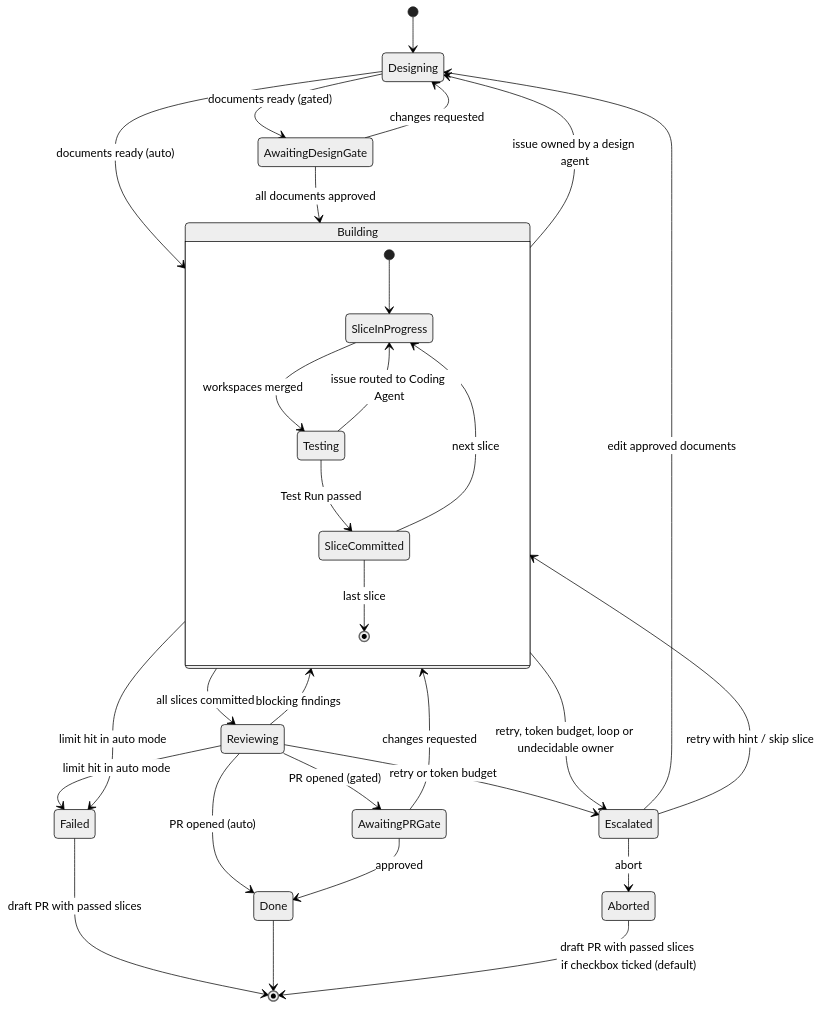
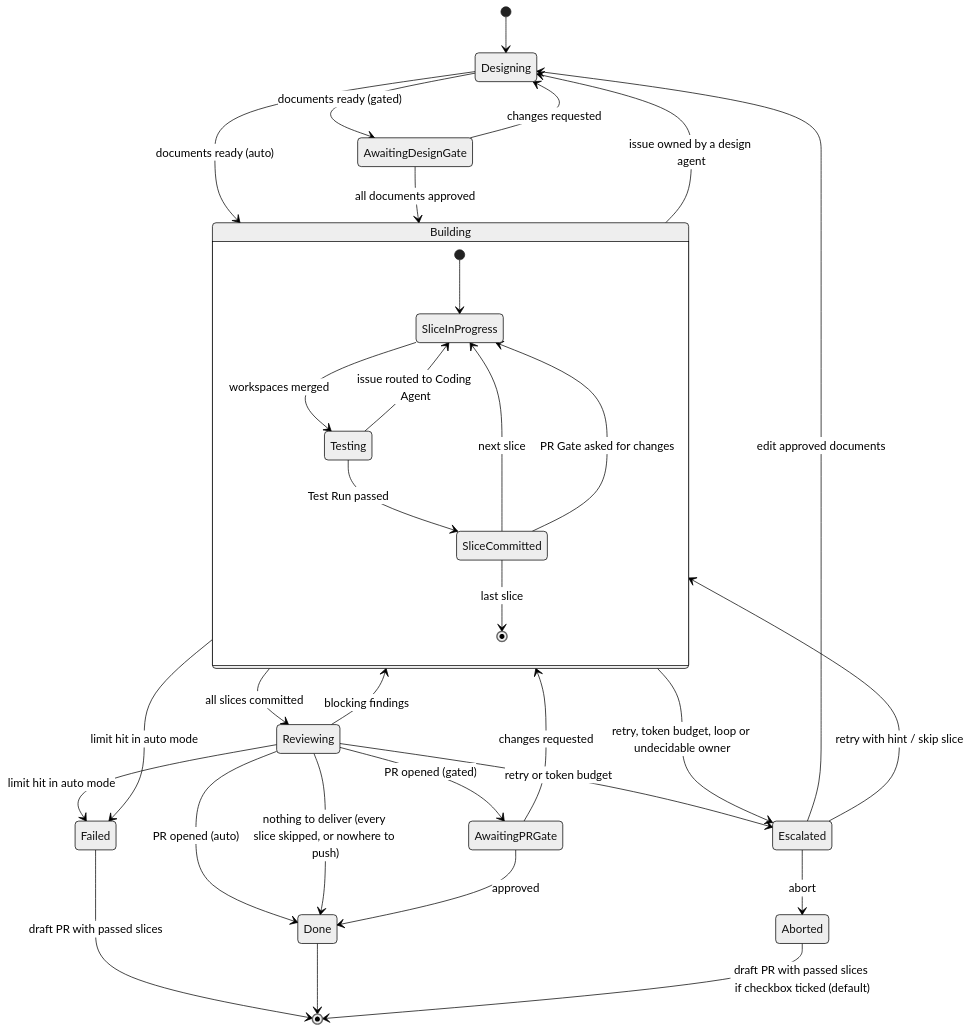
One commit to ChinGuang/sdlc-code changed the third of 10 diagrams in docs/design/uml.md. Above: the diagram before and after it, drawn with Mermaid (neutral theme). The commit also changed other lines of this file and 11 other files, not shown here.

````diff
--- a/docs/design/uml.md
+++ b/docs/design/uml.md
@@ -243,37 +243,39 @@
 ```mermaid
 stateDiagram-v2
   [*] --> Designing
   Designing --> AwaitingDesignGate : documents ready (gated)
   Designing --> Building : documents ready (auto)
   AwaitingDesignGate --> Designing : changes requested
   AwaitingDesignGate --> Building : all documents approved
 
   state Building {
     [*] --> SliceInProgress
     SliceInProgress --> Testing : workspaces merged
     Testing --> SliceInProgress : issue routed to Coding Agent
     Testing --> SliceCommitted : Test Run passed
     SliceCommitted --> SliceInProgress : next slice
+    SliceCommitted --> SliceInProgress : PR Gate asked for changes
     SliceCommitted --> [*] : last slice
   }
 
   Building --> Designing : issue owned by a design agent
   Building --> Reviewing : all slices committed
   Reviewing --> Building : blocking findings
   Reviewing --> AwaitingPRGate : PR opened (gated)
   Reviewing --> Done : PR opened (auto)
+  Reviewing --> Done : nothing to deliver (every slice skipped, or nowhere to push)
   AwaitingPRGate --> Building : changes requested
   AwaitingPRGate --> Done : approved
 
   Building --> Escalated : retry, token budget, loop or undecidable owner
   Reviewing --> Escalated : retry or token budget
   Escalated --> Building : retry with hint / skip slice
   Escalated --> Designing : edit approved documents
   Escalated --> Aborted : abort
 
   Building --> Failed : limit hit in auto mode
   Reviewing --> Failed : limit hit in auto mode
   Failed --> [*] : draft PR with passed slices
   Done --> [*]
   Aborted --> [*] : draft PR with passed slices if checkbox ticked (default)
 ```
````
